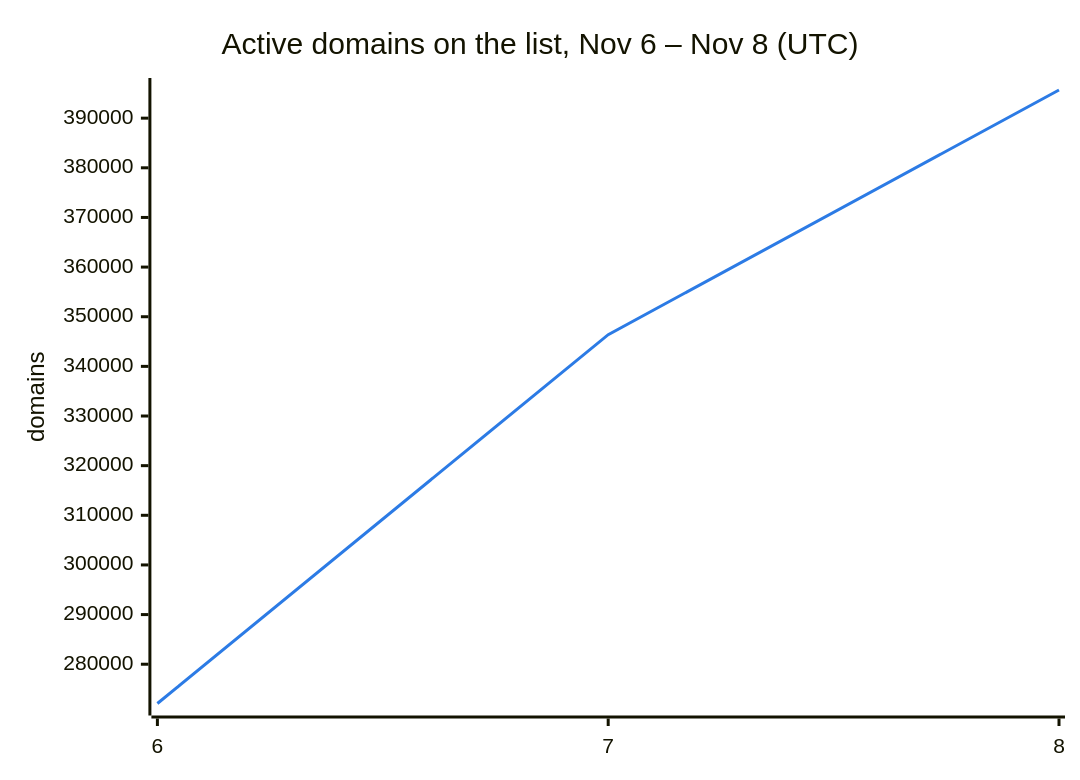
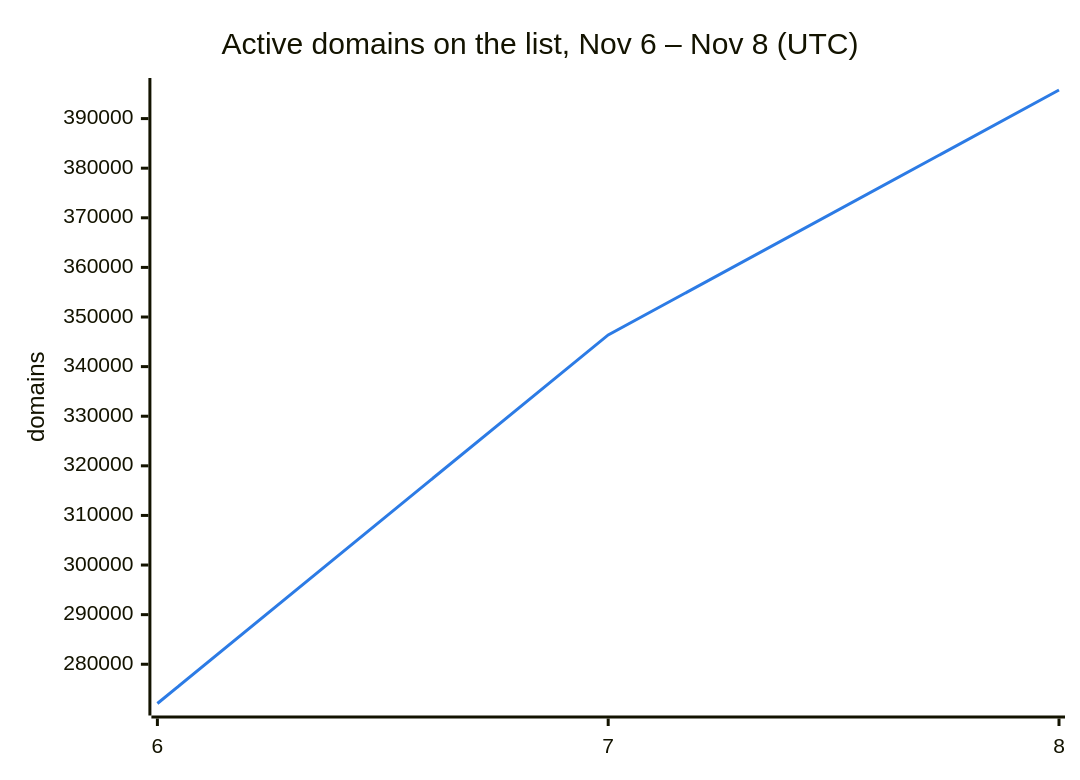
One commit to DNSBunker/CTI changed the second of 3 diagrams in README.md. Above: the diagram before and after it, drawn with Mermaid. The commit also changed other lines of this file and 3 other files, not shown here.

````diff
--- a/README.md
+++ b/README.md
@@ -38,8 +38,8 @@
 ```mermaid
 %%{init: {"themeVariables": {"xyChart": {"plotColorPalette": "#2c7be5"}}}}%%
 xychart-beta
     title "Active domains on the list, Nov 6 – Nov 8 (UTC)"
     x-axis ["6", "7", "8"]
     y-axis "domains"
-    line [272088, 346388, 395673]
+    line [272088, 346388, 395763]
 ```
````
